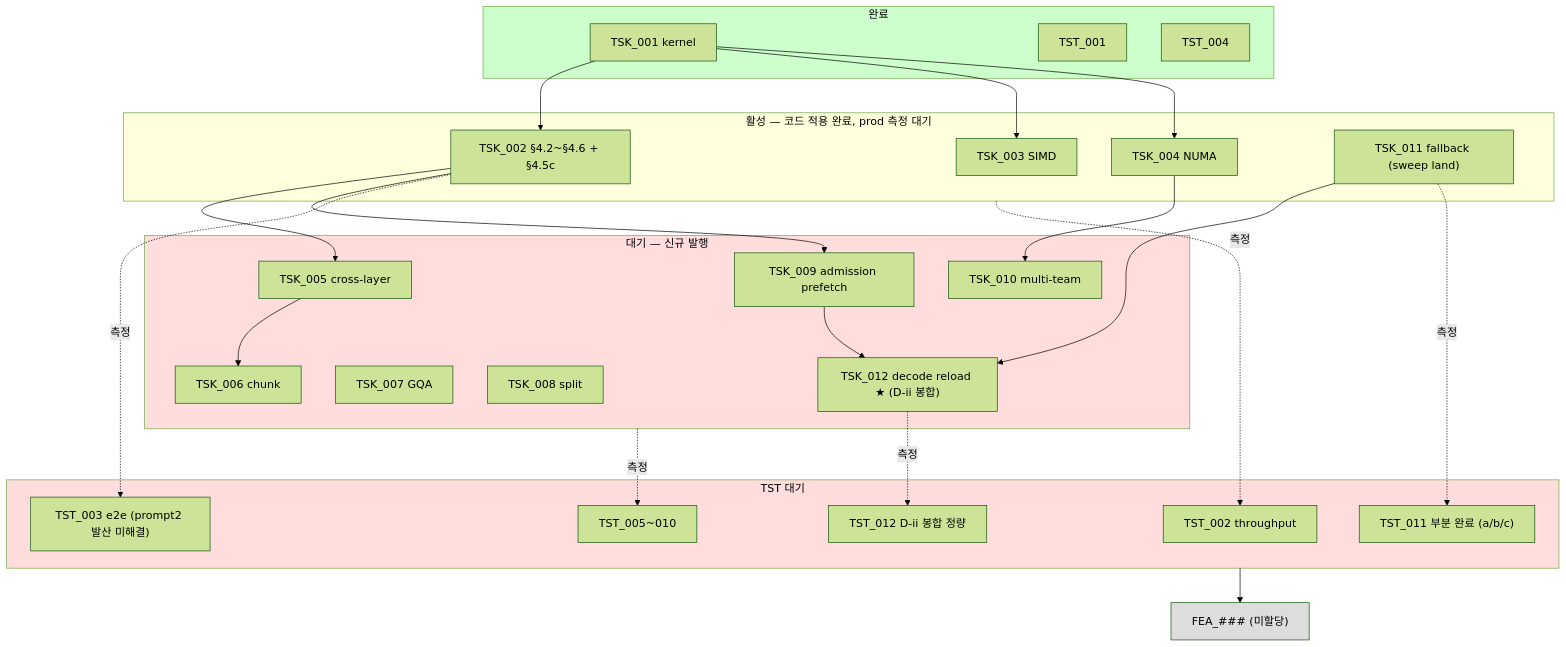
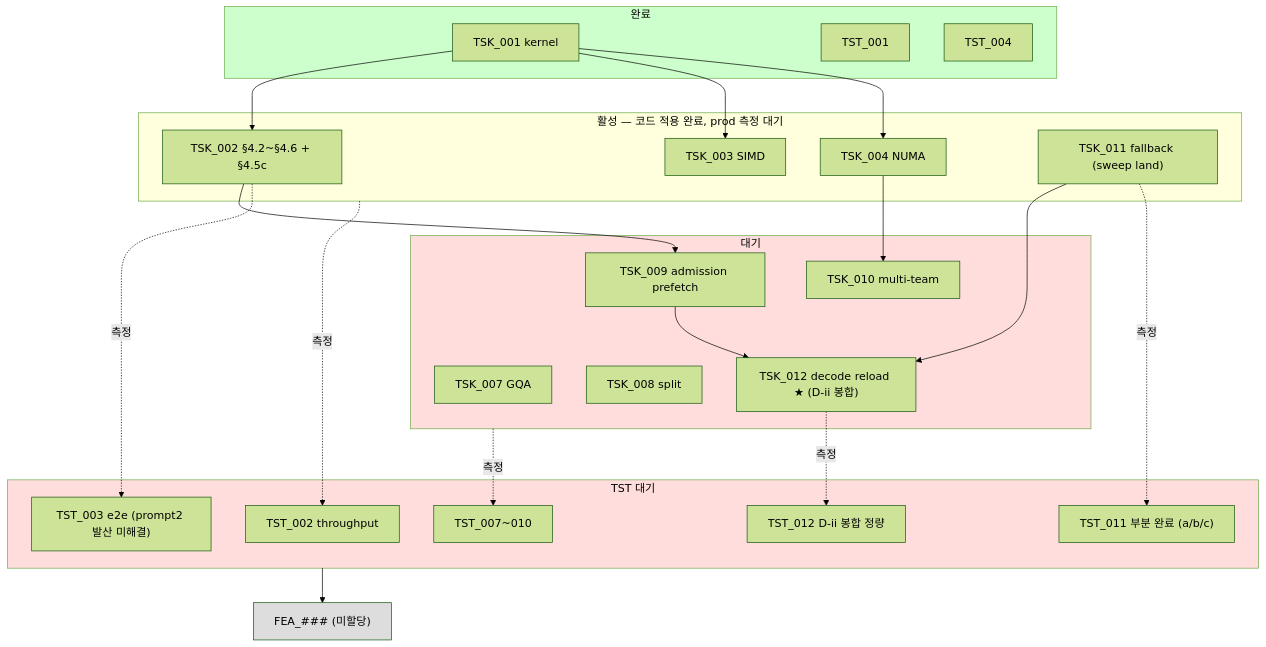
One commit to mystous/vllm_hybrid changed the second of 2 diagrams in shadow_assists/features/IDE_006/README.md. Above: the diagram before and after it, drawn with Mermaid (forest theme). The commit also changed other lines of this file and 1 other file, not shown here.

````diff
--- a/shadow_assists/features/IDE_006/README.md
+++ b/shadow_assists/features/IDE_006/README.md
@@ -305,53 +305,49 @@
 ```mermaid
 flowchart TB
     subgraph DONE["완료"]
         T1["TSK_001 kernel"]
         TT1["TST_001"]
         TT4["TST_004"]
     end
     subgraph ACTIVE["활성 — 코드 적용 완료, prod 측정 대기"]
         T2["TSK_002 §4.2~§4.6 + §4.5c"]
         T3["TSK_003 SIMD"]
         T4["TSK_004 NUMA"]
         T11["TSK_011 fallback (sweep land)"]
     end
-    subgraph WAIT_TSK["대기 — 신규 발행"]
-        T5["TSK_005 cross-layer"]
-        T6["TSK_006 chunk"]
+    subgraph WAIT_TSK["대기"]
         T7["TSK_007 GQA"]
         T8["TSK_008 split"]
         T9["TSK_009 admission prefetch"]
         T10["TSK_010 multi-team"]
         T12["TSK_012 decode reload ★ (D-ii 봉합)"]
     end
     subgraph WAIT_TST["TST 대기"]
         TT2["TST_002 throughput"]
         TT3["TST_003 e2e (prompt2 발산 미해결)"]
         TT11["TST_011 부분 완료 (a/b/c)"]
         TT12["TST_012 D-ii 봉합 정량"]
-        TT5_10["TST_005~010"]
+        TT_OTHER["TST_007~010"]
     end
     FEA["FEA_### (미할당)"]
 
     T1 --> T2
     T1 --> T3
     T1 --> T4
-    T2 --> T5
     T2 --> T9
     T4 --> T10
-    T5 --> T6
     T11 --> T12
     T9 --> T12
     ACTIVE -.측정.-> TT2
     T2 -.측정.-> TT3
     T11 -.측정.-> TT11
     T12 -.측정.-> TT12
-    WAIT_TSK -.측정.-> TT5_10
+    WAIT_TSK -.측정.-> TT_OTHER
     WAIT_TST --> FEA
 
     style DONE fill:#cfc,color:#000
     style ACTIVE fill:#ffd,color:#000
     style WAIT_TSK fill:#fdd,color:#000
     style WAIT_TST fill:#fdd,color:#000
     style FEA fill:#ddd,color:#000
 ```
````
